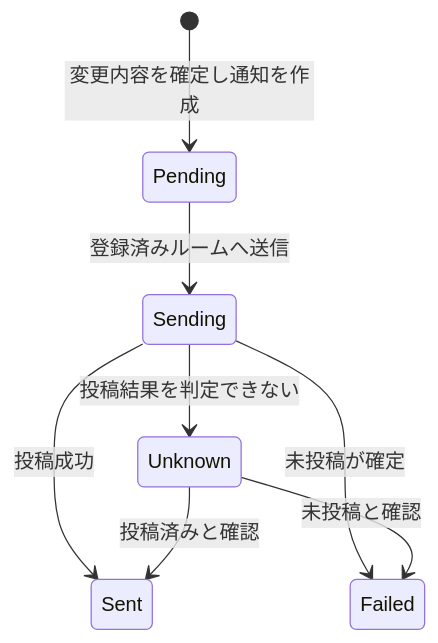
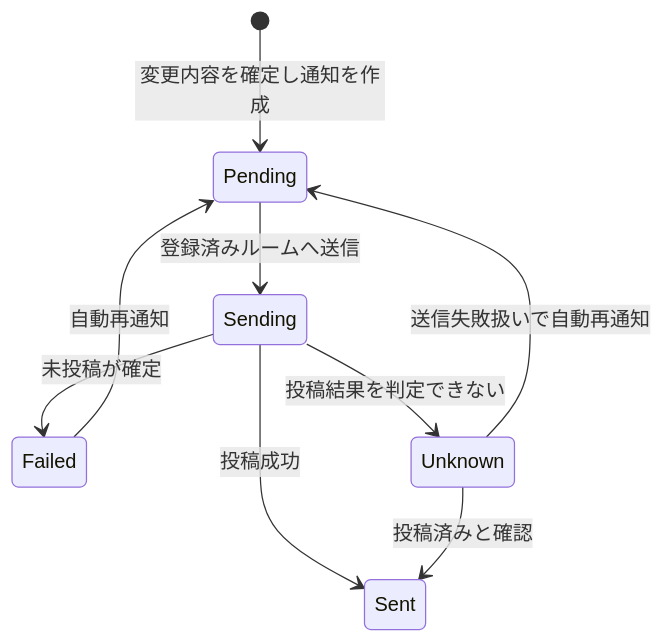
The fourth of 4 diagrams in docs/state-transitions.md (nto300002/kiiya-cleaning-checker), drawn with Mermaid before and after one commit. The commit also changed other lines of this file and 3 other files, not shown here.

````diff
--- a/docs/state-transitions.md
+++ b/docs/state-transitions.md
@@ -112,10 +113,11 @@
 ```mermaid
 stateDiagram-v2
     [*] --> Pending: 変更内容を確定し通知を作成
     Pending --> Sending: 登録済みルームへ送信
     Sending --> Sent: 投稿成功
     Sending --> Failed: 未投稿が確定
     Sending --> Unknown: 投稿結果を判定できない
     Unknown --> Sent: 投稿済みと確認
-    Unknown --> Failed: 未投稿と確認
+    Failed --> Pending: 自動再通知
+    Unknown --> Pending: 送信失敗扱いで自動再通知
 ```
````
